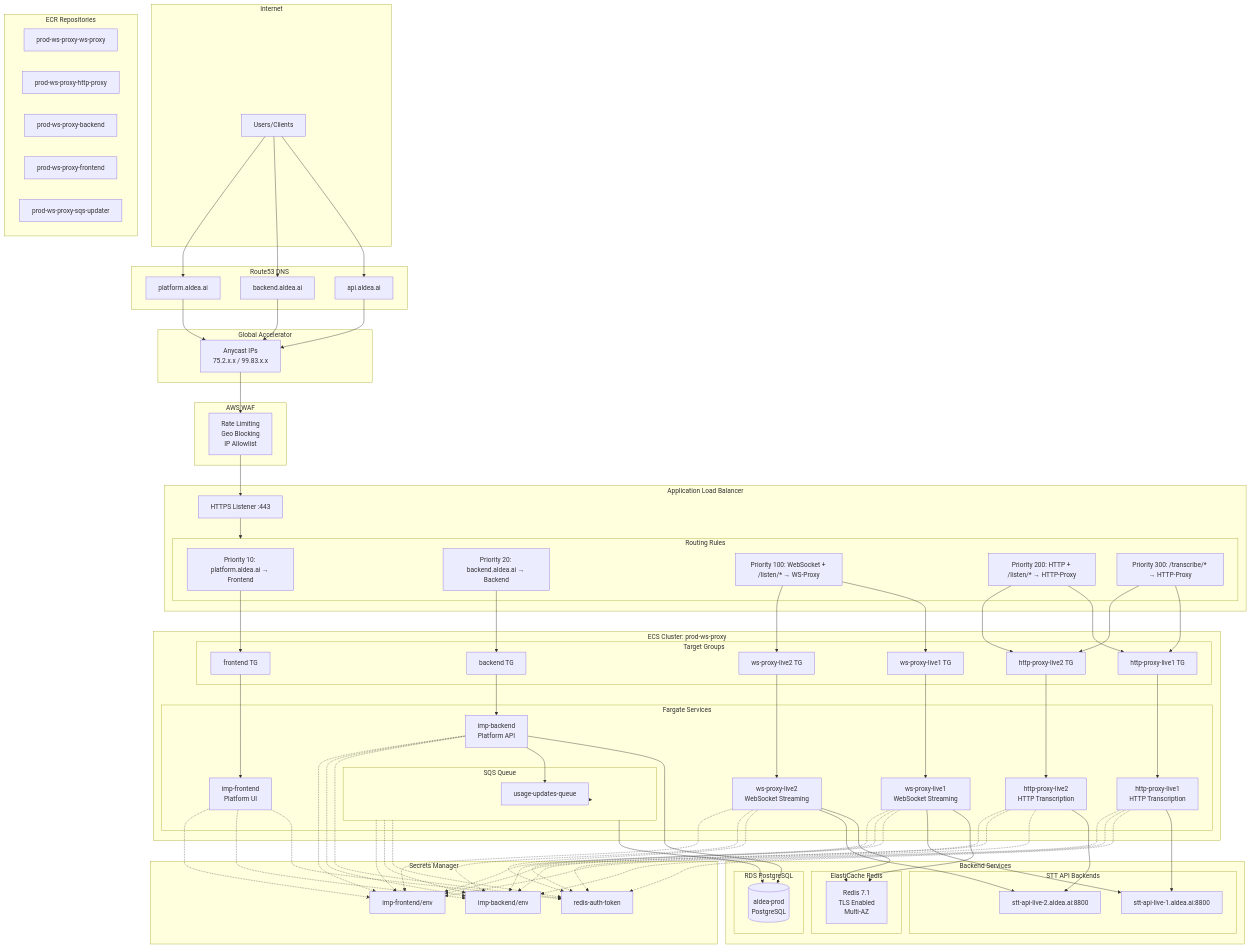
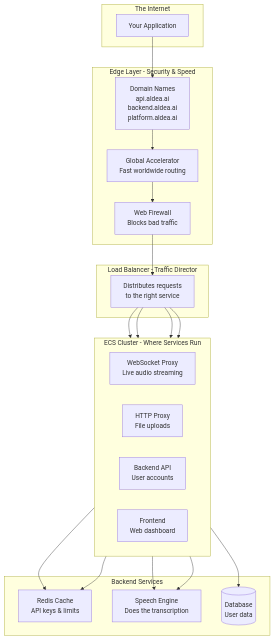
The second of 8 diagrams in diagrams/ecs-architecture.md (aldea-ai/infrastructure-docs), drawn with Mermaid before and after one commit. The commit also changed other lines of this file and 3 other files, not shown here.

First line of the commit message:
Simplify diagrams for layman readability

````diff
--- a/diagrams/ecs-architecture.md
+++ b/diagrams/ecs-architecture.md
@@ -9,114 +40,36 @@
 ```mermaid
 flowchart TB
-    subgraph Internet
-        Users[Users/Clients]
+    subgraph Internet["The Internet"]
+        USER[Your Application]
     end
 
-    subgraph DNS["Route53 DNS"]
-        api[api.aldea.ai]
-        backend[backend.aldea.ai]
-        platform[platform.aldea.ai]
+    subgraph Edge["Edge Layer - Security & Speed"]
+        DNS[Domain Names<br/>api.aldea.ai<br/>backend.aldea.ai<br/>platform.aldea.ai]
+        GA[Global Accelerator<br/>Fast worldwide routing]
+        WAF[Web Firewall<br/>Blocks bad traffic]
     end
 
-    subgraph GA["Global Accelerator"]
-        GA_EP[Anycast IPs<br/>75.2.x.x / 99.83.x.x]
+    subgraph LB["Load Balancer - Traffic Director"]
+        ALB[Distributes requests<br/>to the right service]
     end
 
-    subgraph WAF["AWS WAF"]
-        WAF_RULES[Rate Limiting<br/>Geo Blocking<br/>IP Allowlist]
+    subgraph ECS["ECS Cluster - Where Services Run"]
+        direction LR
+        WS[WebSocket Proxy<br/>Live audio streaming]
+        HTTP[HTTP Proxy<br/>File uploads]
+        BE[Backend API<br/>User accounts]
+        FE[Frontend<br/>Web dashboard]
     end
 
-    subgraph ALB["Application Load Balancer"]
-        HTTPS_LIS[HTTPS Listener :443]
-
-        subgraph Routing["Routing Rules"]
-            R1[Priority 10: platform.aldea.ai → Frontend]
-            R2[Priority 20: backend.aldea.ai → Backend]
-            R3[Priority 100: WebSocket + /listen/* → WS-Proxy]
-            R4[Priority 200: HTTP + /listen/* → HTTP-Proxy]
-            R5[Priority 300: /transcribe/* → HTTP-Proxy]
-        end
+    subgraph Backend["Backend Services"]
+        REDIS[Redis Cache<br/>API keys & limits]
+        STT[Speech Engine<br/>Does the transcription]
+        DB[(Database<br/>User data)]
     end
 
-    subgraph ECS["ECS Cluster: prod-ws-proxy"]
-        subgraph Services["Fargate Services"]
-            WS1[ws-proxy-live1<br/>WebSocket Streaming]
-            WS2[ws-proxy-live2<br/>WebSocket Streaming]
-            HTTP1[http-proxy-live1<br/>HTTP Transcription]
-            HTTP2[http-proxy-live2<br/>HTTP Transcription]
-            BE[imp-backend<br/>Platform API]
-            FE[imp-frontend<br/>Platform UI]
-            SQS[sqs-updater<br/>DB Sync]
-        end
-
-        subgraph TG["Target Groups"]
-            TG_WS1[ws-proxy-live1 TG]
-            TG_WS2[ws-proxy-live2 TG]
-            TG_HTTP1[http-proxy-live1 TG]
-            TG_HTTP2[http-proxy-live2 TG]
-            TG_BE[backend TG]
-            TG_FE[frontend TG]
-        end
-    end
-
-    subgraph Backend_Services["Backend Services"]
-        subgraph Redis["ElastiCache Redis"]
-            REDIS[Redis 7.1<br/>TLS Enabled<br/>Multi-AZ]
-        end
-
-        subgraph STT["STT API Backends"]
-            STT1[stt-api-live-1.aldea.ai:8800]
-            STT2[stt-api-live-2.aldea.ai:8800]
-        end
-
-        subgraph RDS["RDS PostgreSQL"]
-            DB[(aldea-prod<br/>PostgreSQL)]
-        end
-
-        subgraph SQS["SQS Queue"]
-            QUEUE[usage-updates-queue]
-        end
-    end
-
-    subgraph ECR["ECR Repositories"]
-        ECR_WS[prod-ws-proxy-ws-proxy]
-        ECR_HTTP[prod-ws-proxy-http-proxy]
-        ECR_BE[prod-ws-proxy-backend]
-        ECR_FE[prod-ws-proxy-frontend]
-        ECR_SQS[prod-ws-proxy-sqs-updater]
-    end
-
-    subgraph Secrets["Secrets Manager"]
-        SEC_REDIS[redis-auth-token]
-        SEC_BE[imp-backend/env]
-        SEC_FE[imp-frontend/env]
-    end
-
-    Users --> api & backend & platform
-    api & backend & platform --> GA_EP
-    GA_EP --> WAF_RULES
-    WAF_RULES --> HTTPS_LIS
-    HTTPS_LIS --> Routing
-
-    R1 --> TG_FE --> FE
-    R2 --> TG_BE --> BE
-    R3 --> TG_WS1 & TG_WS2
-    TG_WS1 --> WS1
-    TG_WS2 --> WS2
-    R4 & R5 --> TG_HTTP1 & TG_HTTP2
-    TG_HTTP1 --> HTTP1
-    TG_HTTP2 --> HTTP2
-
-    WS1 & WS2 --> REDIS
-    WS1 --> STT1
-    WS2 --> STT2
-    HTTP1 --> STT1
-    HTTP2 --> STT2
-
+    USER --> DNS --> GA --> WAF --> ALB
+    ALB --> WS & HTTP & BE & FE
+    WS & HTTP --> REDIS
+    WS & HTTP --> STT
     BE --> DB
-    BE --> QUEUE
-    SQS --> QUEUE
-    SQS --> DB
-
-    WS1 & WS2 & HTTP1 & HTTP2 & BE & FE & SQS -.-> SEC_REDIS & SEC_BE & SEC_FE
 ```
````
